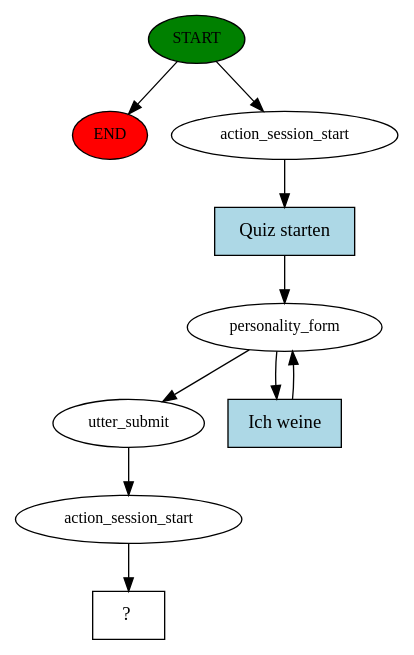
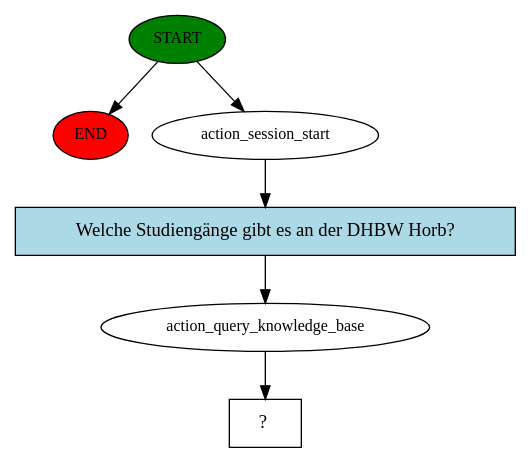
Before and after one commit to benitadietrich/chatbot-prototype: the diagram in rasa-bot/story_graph.dot, drawn with Graphviz. The commit also changed 23 other files, not shown here.

```diff
--- a/rasa-bot/story_graph.dot
+++ b/rasa-bot/story_graph.dot
@@ -1,20 +1,13 @@
 digraph  {
 0 [class="start active", fillcolor=green, fontsize=12, label=START, style=filled];
 "-1" [class=end, fillcolor=red, fontsize=12, label=END, style=filled];
 1 [class=active, fontsize=12, label=action_session_start];
-2 [class=active, fontsize=12, label=personality_form];
-4 [class=active, fontsize=12, label=utter_submit];
-5 [class=active, fontsize=12, label=action_session_start];
-6 [class="intent dashed active", label="  ?  ", shape=rect];
-7 [class="intent active", fillcolor=lightblue, label="Quiz starten", shape=rect, style=filled];
-8 [class="intent active", fillcolor=lightblue, label="Ich weine", shape=rect, style=filled];
+2 [class=active, fontsize=12, label=action_query_knowledge_base];
+3 [class="intent dashed active", label="  ?  ", shape=rect];
+4 [class="intent active", fillcolor=lightblue, label="Welche Studiengänge gibt es an der DHBW Horb?", shape=rect, style=filled];
 0 -> "-1"  [class="", key=NONE, label=""];
 0 -> 1  [class=active, key=NONE, label=""];
-1 -> 7  [class=active, key=0];
-2 -> 4  [class=active, key=NONE, label=""];
-2 -> 8  [class=active, key=0];
-4 -> 5  [class=active, key=NONE, label=""];
-5 -> 6  [class=active, key=NONE, label=""];
-7 -> 2  [class=active, key=0];
-8 -> 2  [class=active, key=0];
+1 -> 4  [class=active, key=0];
+2 -> 3  [class=active, key=NONE, label=""];
+4 -> 2  [class=active, key=0];
 }
```
